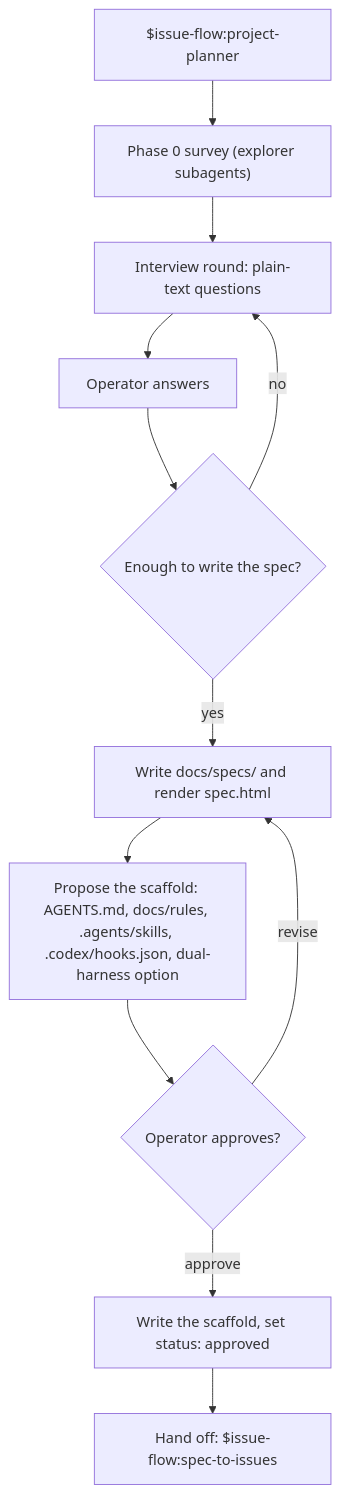
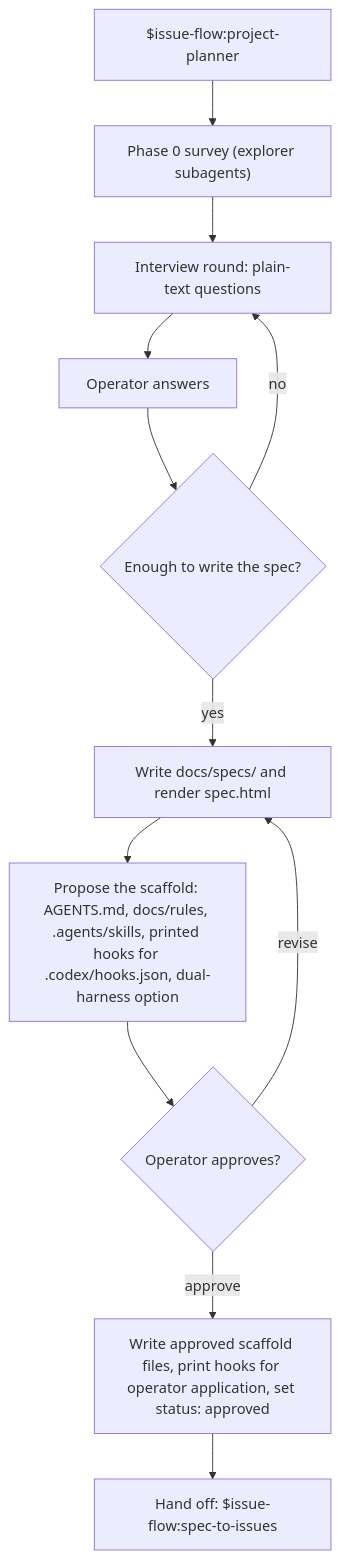
The diagram in docs/specs/features/04-spec-skills.md (Crank-Git/issue-flow-codex), drawn with Mermaid before and after one commit. The commit also changed other lines of this file and 14 other files, not shown here.

````diff
--- a/docs/specs/features/04-spec-skills.md
+++ b/docs/specs/features/04-spec-skills.md
@@ -68,14 +68,14 @@
 ```mermaid
 flowchart TD
     A["$issue-flow:project-planner"] --> B["Phase 0 survey (explorer subagents)"]
     B --> C["Interview round: plain-text questions"]
     C --> D["Operator answers"]
     D --> E{"Enough to write the spec?"}
     E -- "no" --> C
     E -- "yes" --> F["Write docs/specs/ and render spec.html"]
-    F --> G["Propose the scaffold: AGENTS.md, docs/rules, .agents/skills, .codex/hooks.json, dual-harness option"]
+    F --> G["Propose the scaffold: AGENTS.md, docs/rules, .agents/skills, printed hooks for .codex/hooks.json, dual-harness option"]
     G --> H{"Operator approves?"}
     H -- "revise" --> F
-    H -- "approve" --> I["Write the scaffold, set status: approved"]
+    H -- "approve" --> I["Write approved scaffold files, print hooks for operator application, set status: approved"]
     I --> J["Hand off: $issue-flow:spec-to-issues"]
 ```
````
